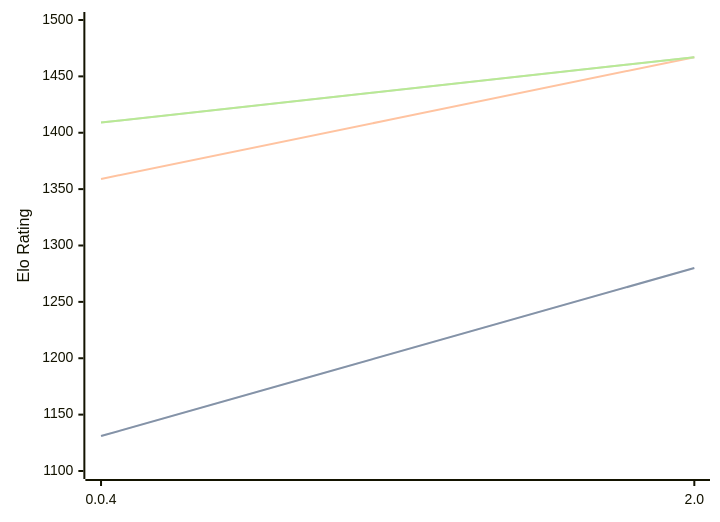
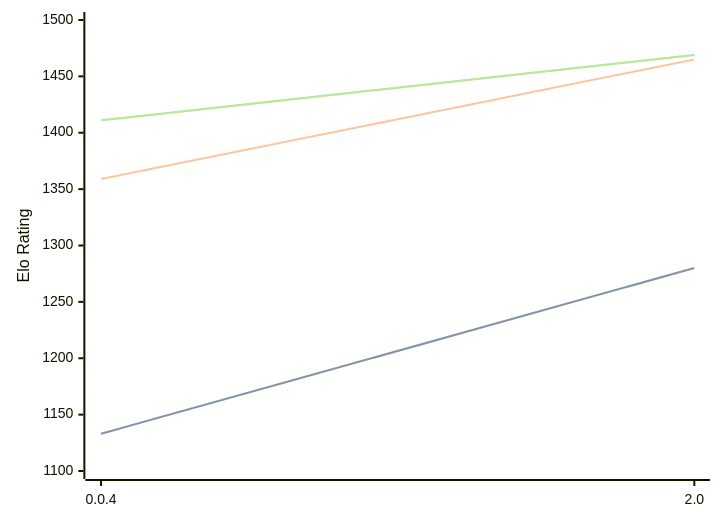
One commit to computer-chess-index/cci changed the diagram in engines/Oops!Mate.md. Above: the diagram before and after it, drawn with Mermaid. The commit also changed other lines of this file, not shown here.

Commit message:
Update CCI Ratings (ELO VLTC) - 2026-05-21

````diff
--- a/engines/Oops!Mate.md
+++ b/engines/Oops!Mate.md
@@ -52,11 +52,11 @@
 ```mermaid
 %%{init: {"theme":"base","themeVariables":{"seriesColors:['#a3a3a3','#222221','#faa371']}}}%%
 xychart-beta
   x-axis ["0.0.4", "2.0"]
   y-axis "Elo Rating" 1100 --> 1500
-  line "STC (8.0+0.08s)" [1131, 1280]
-  line "STC (8.0+0.08s)" [1131, 1280]
-  line "LTC (60.0+0.60s)" [1359, 1467]
-  line "VLTC (2m24s+1.12s)" [1409, 1467]
-  line "VLTC (2m24s+1.12s)" [1409, 1467]
+  line "STC (8.0+0.08s)" [1133, 1280]
+  line "STC (8.0+0.08s)" [1133, 1280]
+  line "LTC (60.0+0.60s)" [1359, 1465]
+  line "VLTC (2m24s+1.12s)" [1411, 1469]
+  line "VLTC (2m24s+1.12s)" [1411, 1469]
 ```
````
